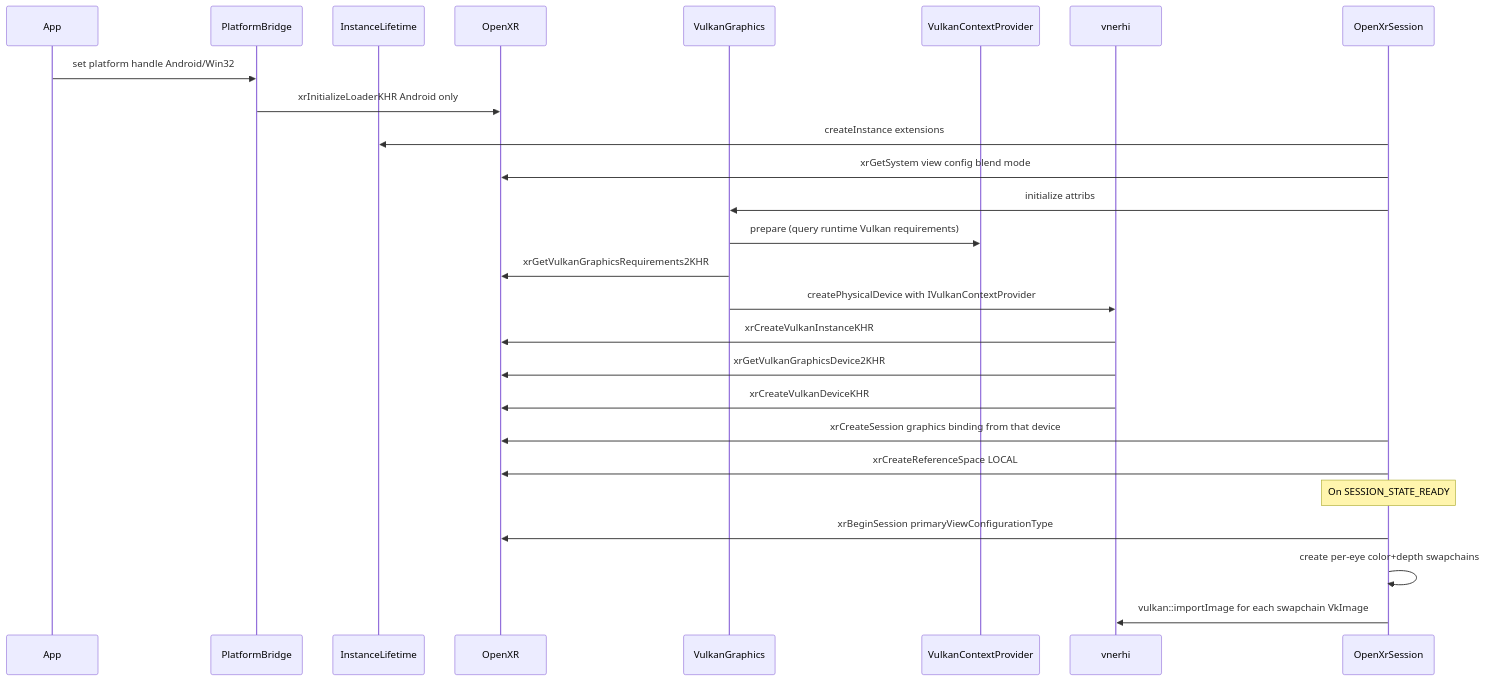
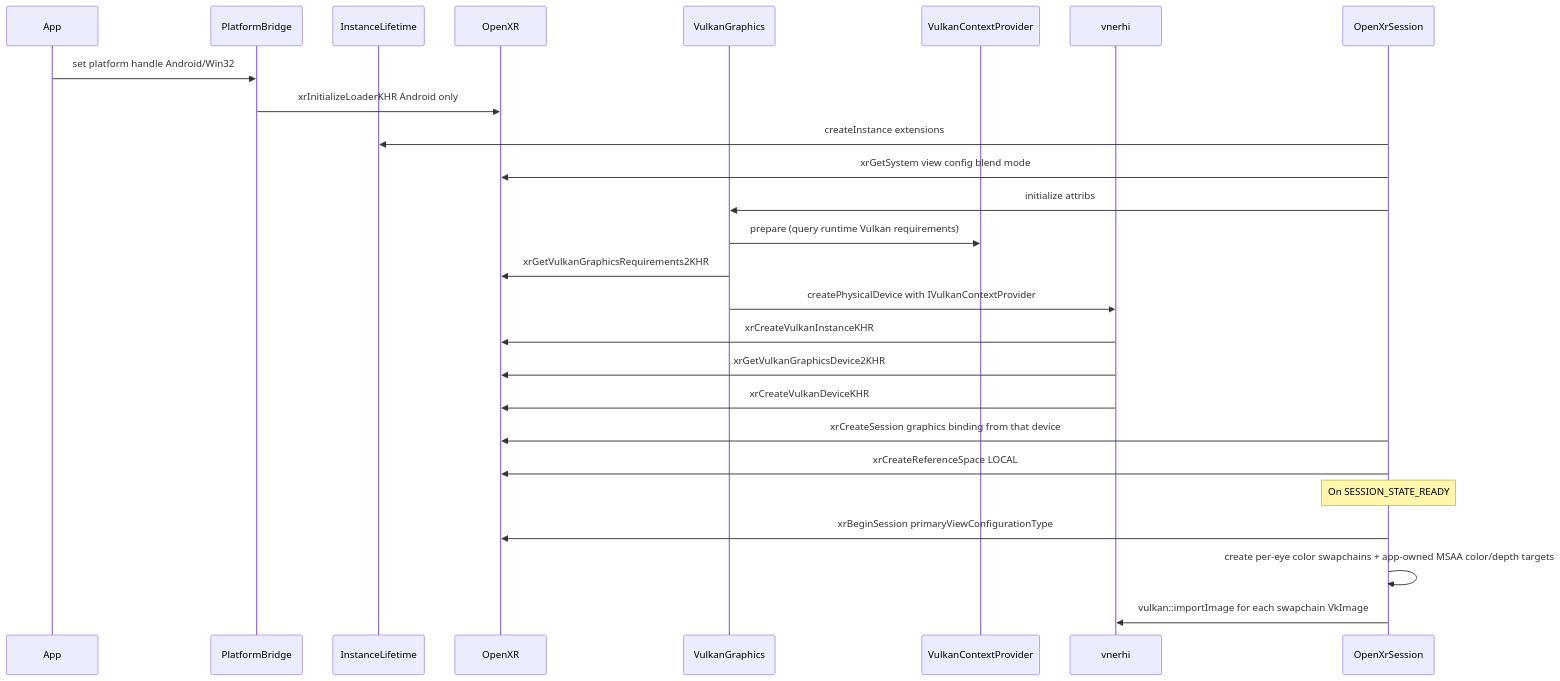
Before and after one commit to vertexnova/vnexr: the first of 2 diagrams in docs/vertexnova/xr/openxr_design.md, drawn with Mermaid. The commit also changed other lines of this file and 9 other files, not shown here.

````diff
--- a/docs/vertexnova/xr/openxr_design.md
+++ b/docs/vertexnova/xr/openxr_design.md
@@ -59,29 +59,29 @@
 ```mermaid
 sequenceDiagram
   participant App
   participant Plat as PlatformBridge
   participant Life as InstanceLifetime
   participant XR as OpenXR
   participant Gfx as VulkanGraphics
   participant Bind as VulkanContextProvider
   participant RHI as vnerhi
   participant Sess as OpenXrSession
 
   App->>Plat: set platform handle Android/Win32
   Plat->>XR: xrInitializeLoaderKHR Android only
   Sess->>Life: createInstance extensions
   Sess->>XR: xrGetSystem view config blend mode
   Sess->>Gfx: initialize attribs
   Gfx->>Bind: prepare (query runtime Vulkan requirements)
   Gfx->>XR: xrGetVulkanGraphicsRequirements2KHR
   Gfx->>RHI: createPhysicalDevice with IVulkanContextProvider
   RHI->>XR: xrCreateVulkanInstanceKHR
   RHI->>XR: xrGetVulkanGraphicsDevice2KHR
   RHI->>XR: xrCreateVulkanDeviceKHR
   Sess->>XR: xrCreateSession graphics binding from that device
   Sess->>XR: xrCreateReferenceSpace LOCAL
   Note over Sess: On SESSION_STATE_READY
   Sess->>XR: xrBeginSession primaryViewConfigurationType
-  Sess->>Sess: create per-eye color+depth swapchains
+  Sess->>Sess: create per-eye color swapchains + app-owned MSAA color/depth targets
   Sess->>RHI: vulkan::importImage for each swapchain VkImage
 ```
````
